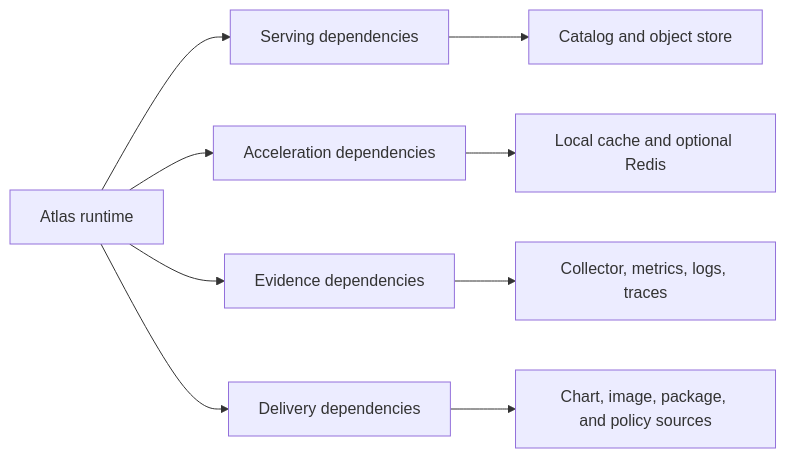
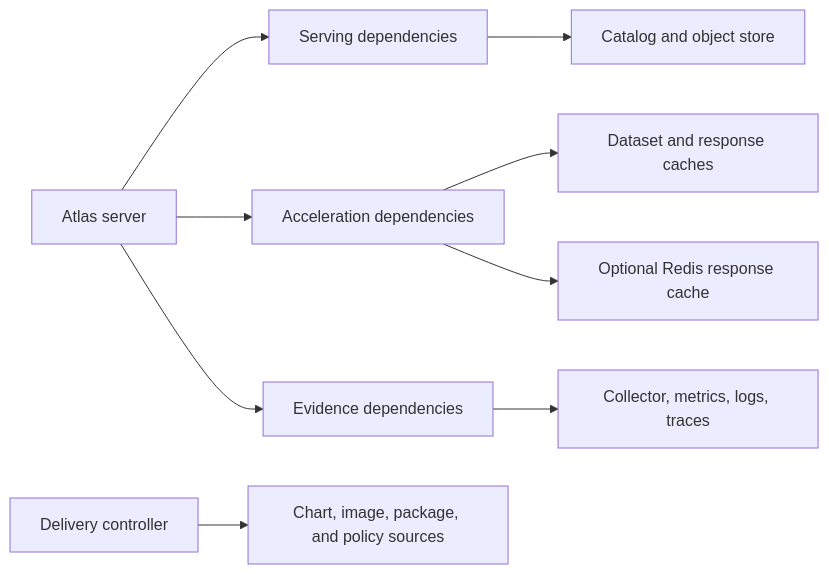
One commit to bijux/bijux-atlas changed the second of 3 diagrams in docs/bijux-atlas-ops/stack/dependency-graph.md. Above: the diagram before and after it, drawn with Mermaid. The commit also changed other lines of this file and 2 other files, not shown here.

Commit message:
docs(stack): separate deployment and cache authority

````diff
--- a/docs/bijux-atlas-ops/stack/dependency-graph.md
+++ b/docs/bijux-atlas-ops/stack/dependency-graph.md
@@ -72,11 +72,11 @@
 ```mermaid
 flowchart LR
-    Runtime[Atlas runtime] --> Serving[Serving dependencies]
-    Runtime --> Acceleration[Acceleration dependencies]
-    Runtime --> Evidence[Evidence dependencies]
-    Runtime --> Delivery[Delivery dependencies]
+    Server[Atlas server] --> Serving[Serving dependencies]
+    Server --> Acceleration[Acceleration dependencies]
+    Server --> Evidence[Evidence dependencies]
+    Delivery[Delivery controller] --> Registry[Chart, image, package, and policy sources]
     Serving --> Catalog[Catalog and object store]
-    Acceleration --> Cache[Local cache and optional Redis]
+    Acceleration --> Local[Dataset and response caches]
+    Acceleration --> Redis[Optional Redis response cache]
     Evidence --> Telemetry[Collector, metrics, logs, traces]
-    Delivery --> Registry[Chart, image, package, and policy sources]
 ```
````
